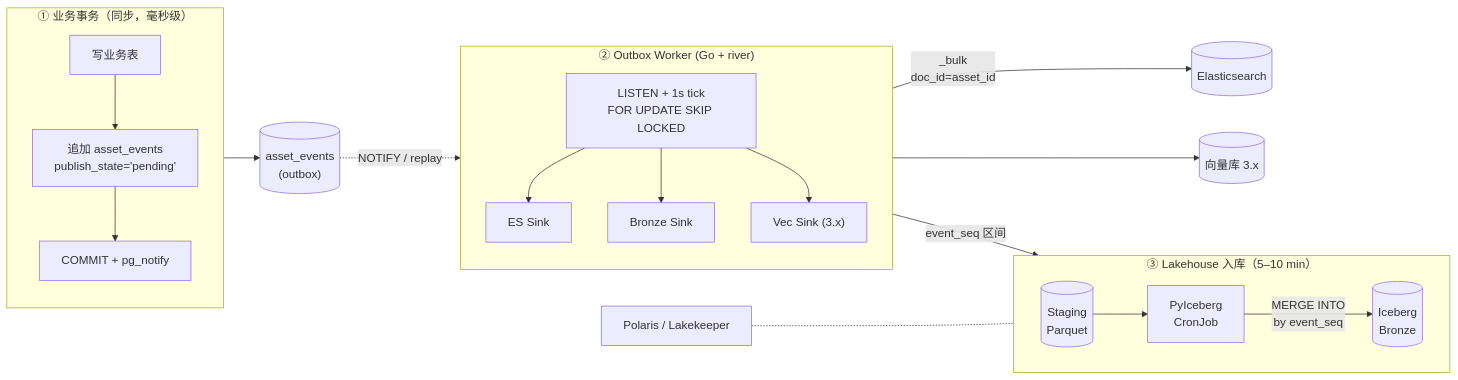
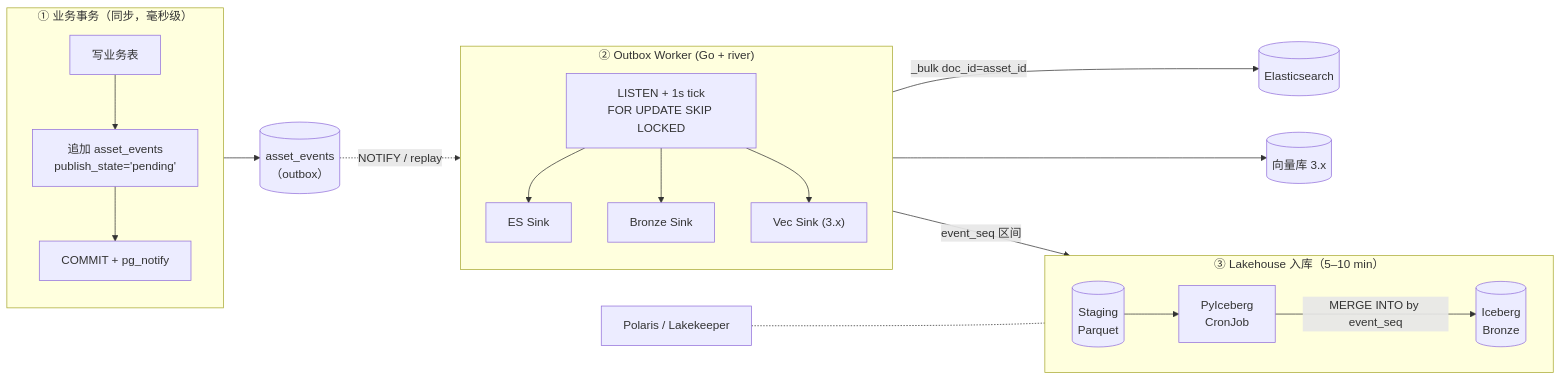
One commit to rouse2617/Databricks4robot changed the seventh of 11 diagrams in docs/review/data-platform-design.md. Above: the diagram before and after it, drawn with Mermaid. The commit also changed other lines of this file and 1 other file, not shown here.

````diff
--- a/docs/review/data-platform-design.md
+++ b/docs/review/data-platform-design.md
@@ -763,33 +794,33 @@
 ```mermaid
 flowchart LR
-    subgraph TX["① 业务事务（同步，毫秒级）"]
+    subgraph TX[① 业务事务（同步，毫秒级）]
         direction TB
-        WT["写业务表"] --> WE["追加 asset_events<br/>publish_state='pending'"] --> CM["COMMIT + pg_notify"]
+        WT[写业务表] --> WE[追加 asset_events<br>publish_state='pending'] --> CM[COMMIT + pg_notify]
     end
 
-    PG[("asset_events<br/>(outbox)")]
+    PG[(asset_events<br>（outbox）)]
     CM --> PG
 
     subgraph WK["② Outbox Worker (Go + river)"]
         direction TB
-        Loop["LISTEN + 1s tick<br/>FOR UPDATE SKIP LOCKED"]
-        Loop --> SES["ES Sink"]
-        Loop --> SLK["Bronze Sink"]
+        Loop[LISTEN + 1s tick<br>FOR UPDATE SKIP LOCKED]
+        Loop --> SES[ES Sink]
+        Loop --> SLK[Bronze Sink]
         Loop --> SV["Vec Sink (3.x)"]
     end
 
     PG -. NOTIFY / replay .-> Loop
 
-    ES[("Elasticsearch")]
-    Staging[("Staging<br/>Parquet")]
-    Vec[("向量库 3.x")]
-    SES -- "_bulk<br/>doc_id=asset_id" --> ES
-    SLK -- "event_seq 区间" --> Staging
+    ES[(Elasticsearch)]
+    Staging[(Staging<br>Parquet)]
+    Vec[(向量库 3.x)]
+    SES -->|_bulk doc_id=asset_id| ES
+    SLK -->|event_seq 区间| Staging
     SV --> Vec
 
-    subgraph Lake["③ Lakehouse 入库（5–10 min）"]
+    subgraph Lake[③ Lakehouse 入库（5–10 min）]
         direction LR
-        Staging --> Cron["PyIceberg<br/>CronJob"] -- "MERGE INTO<br/>by event_seq" --> Bronze[("Iceberg<br/>Bronze")]
+        Staging --> Cron[PyIceberg<br>CronJob] -->|MERGE INTO by event_seq| Bronze[(Iceberg<br>Bronze)]
     end
-    Catalog["Polaris / Lakekeeper"] -.- Bronze
+    Catalog[Polaris / Lakekeeper] -.- Bronze
 ```
````
